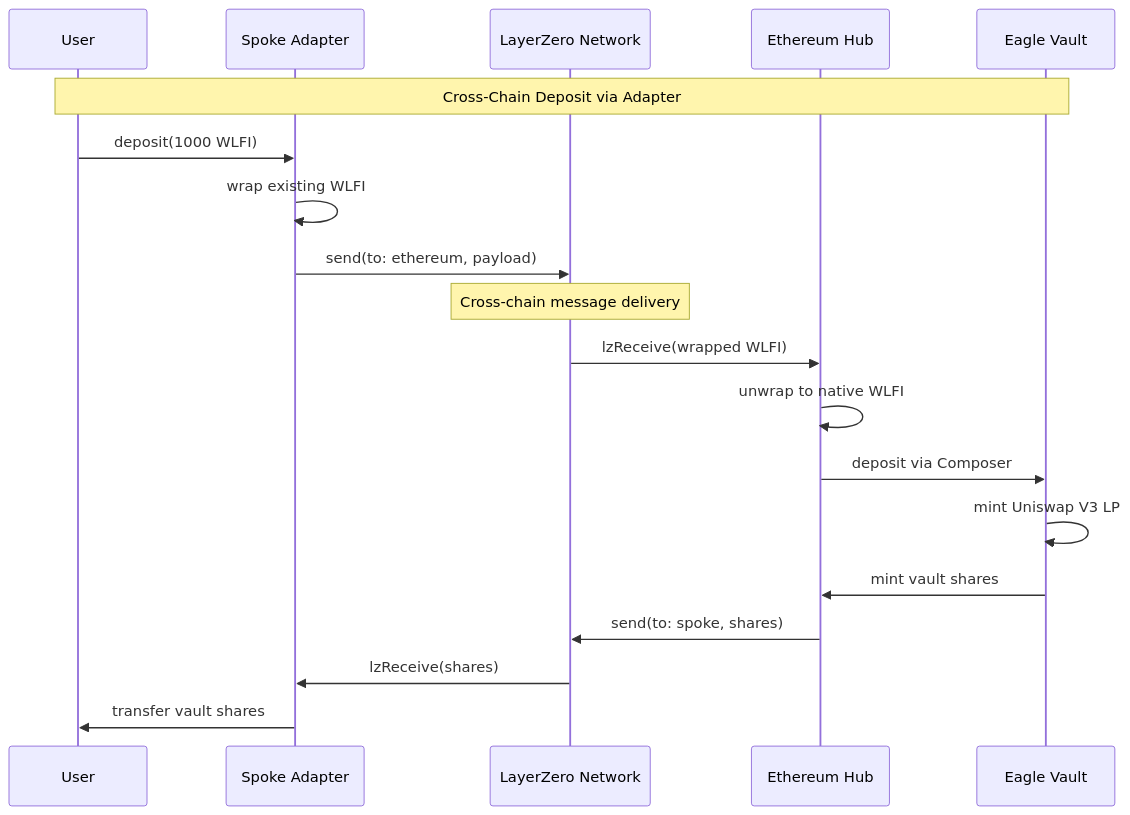
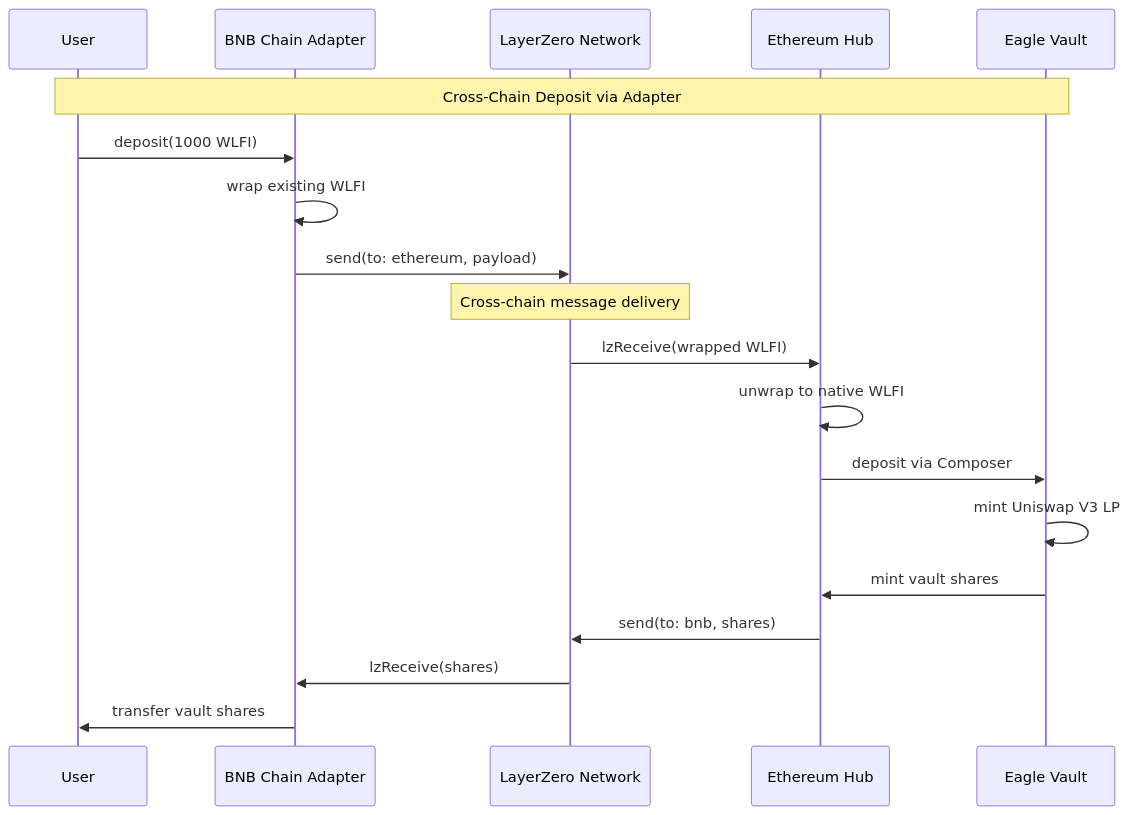
One commit to 47-Eagle/docs changed the third of 5 diagrams in docs/dev/architecture.md. Above: the diagram before and after it, drawn with Mermaid. The commit also changed other lines of this file and 2 other files, not shown here.

````diff
--- a/docs/dev/architecture.md
+++ b/docs/dev/architecture.md
@@ -192,25 +192,25 @@
 ```mermaid
 sequenceDiagram
     participant User
-    participant SPOKE as Spoke Adapter
+    participant BNB as BNB Chain Adapter
     participant LZ as LayerZero Network
     participant ETH as Ethereum Hub
     participant Vault as Eagle Vault
     
     Note over User, Vault: Cross-Chain Deposit via Adapter
     
-    User->>SPOKE: deposit(1000 WLFI)
-    SPOKE->>SPOKE: wrap existing WLFI
-    SPOKE->>LZ: send(to: ethereum, payload)
+    User->>BNB: deposit(1000 WLFI)
+    BNB->>BNB: wrap existing WLFI
+    BNB->>LZ: send(to: ethereum, payload)
     
     Note over LZ: Cross-chain message delivery
     
     LZ->>ETH: lzReceive(wrapped WLFI)
     ETH->>ETH: unwrap to native WLFI
     ETH->>Vault: deposit via Composer
     Vault->>Vault: mint Uniswap V3 LP
     Vault->>ETH: mint vault shares
-    ETH->>LZ: send(to: spoke, shares)
-    LZ->>SPOKE: lzReceive(shares)
-    SPOKE->>User: transfer vault shares
+    ETH->>LZ: send(to: bnb, shares)
+    LZ->>BNB: lzReceive(shares)
+    BNB->>User: transfer vault shares
 ```
````
